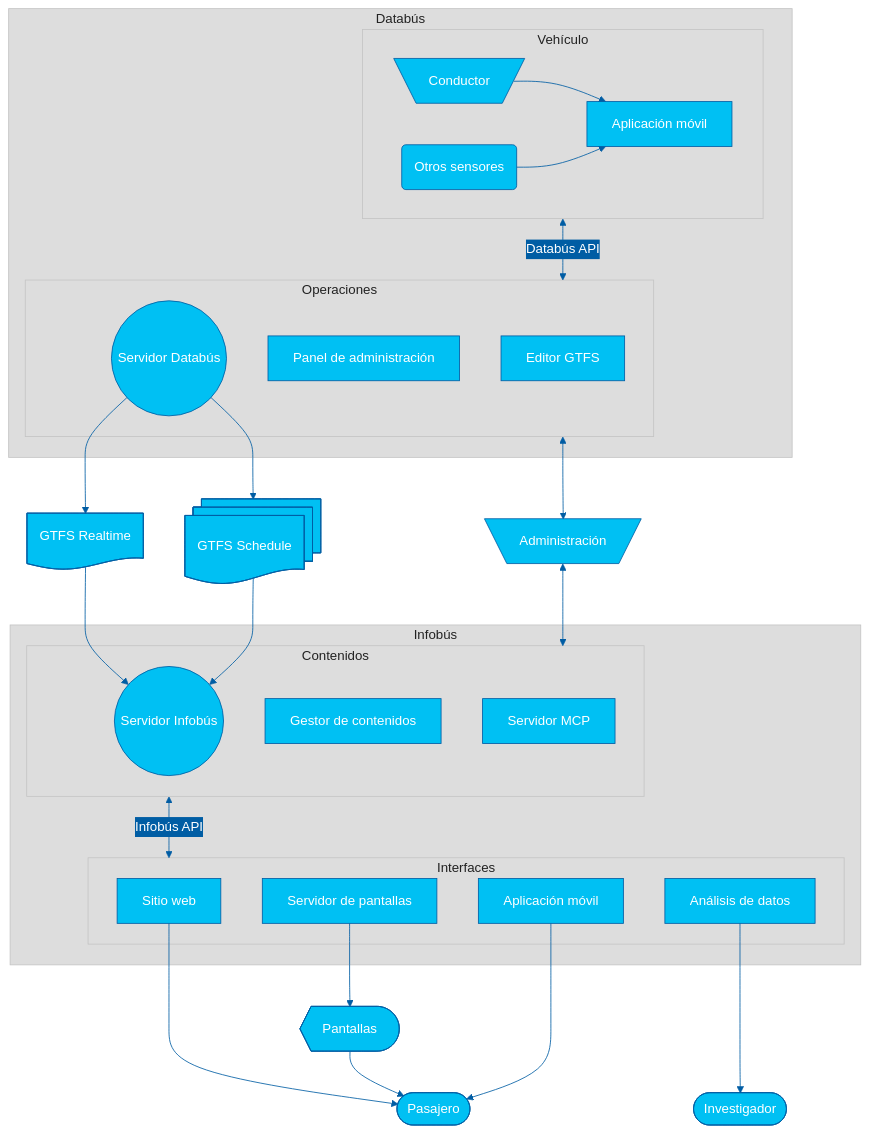
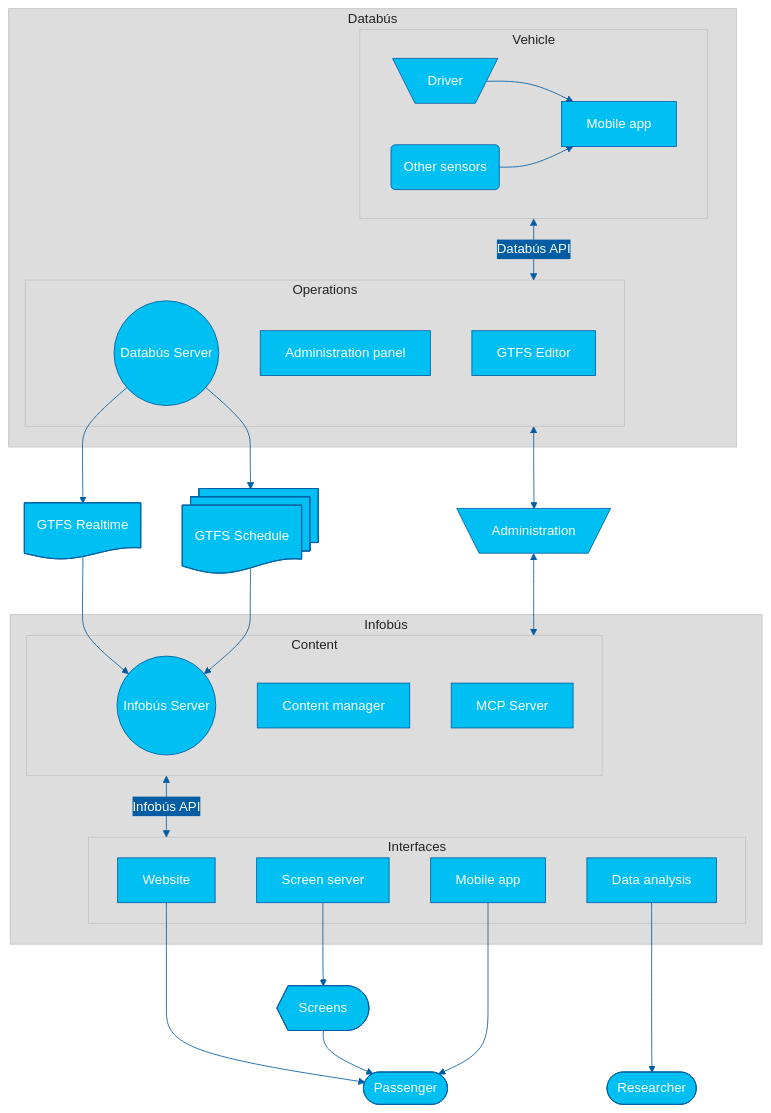
Before and after one commit to simovilab/.github: the diagram in profile/README.md, drawn with Mermaid. The commit also changed other lines of this file and 2 other files, not shown here.

Commit message:
feat: add Spanish and Portuguese documentation for Sistema and update English content

````diff
--- a/profile/README.md
+++ b/profile/README.md
@@ -32,71 +38,71 @@
 ```mermaid
 %%{
   init: {
     'theme': 'base',
     'themeVariables': {
       'primaryColor': '#00C0F3',
       'primaryTextColor': '#fff',
       'primaryBorderColor': '#005DA4',
       'lineColor': '#005DA4',
       'secondaryColor': '#005DA4',
       'tertiaryColor': '#DDDDDD'
     }
   }
 }%%
 flowchart TD
     subgraph Databús
-        subgraph Vehículo
-            OPE@{ shape: manual, label: "Conductor"}
-            SEN@{ shape: event, label: "Otros sensores"}
-            OBE[Aplicación móvil]
+        subgraph Vehicle
+            OPE@{ shape: manual, label: "Driver"}
+            SEN@{ shape: event, label: "Other sensors"}
+            OBE[Mobile app]
         end
-        subgraph Operaciones
-            GTFS[Editor GTFS]
-            DCMS[Panel de administración]
-            DAT((Servidor Databús))
+        subgraph Operations
+            GTFS[GTFS Editor]
+            DCMS[Administration panel]
+            DAT((Databús Server))
         end
     end
 
     SC@{ shape: docs, label: "GTFS Schedule"}
     RT@{ shape: doc, label: "GTFS Realtime"}
-    ADM@{ shape: manual, label: "Administración"}
+    ADM@{ shape: manual, label: "Administration"}
 
     subgraph Infobús
-        subgraph Contenidos
-            INF((Servidor Infobús))
-            ICMS[Gestor de contenidos]
-            MCP[Servidor MCP]
+        subgraph Content
+            INF((Infobús Server))
+            ICMS[Content manager]
+            MCP[MCP Server]
         end
         subgraph Interfaces
-            WEB[Sitio web]
-            SSC[Servidor de pantallas]
-            APP[Aplicación móvil]
-            ANA[Análisis de datos]
+            WEB[Website]
+            SSC[Screen server]
+            APP[Mobile app]
+            ANA[Data analysis]
         end
 
     end
-    SCR@{ shape: display, label: "Pantallas"}
-    PAS@{ shape: terminal, label: "Pasajero"}
-    RES@{ shape: terminal, label: "Investigador"}
+    SCR@{ shape: display, label: "Screens"}
+    PAS@{ shape: terminal, label: "Passenger"}
+    RES@{ shape: terminal, label: "Researcher"}
 
 OPE --> OBE
 SEN --> OBE
-Vehículo <--Databús API--> Operaciones
+Vehicle <--Databús API--> Operations
 DAT --> RT
 DAT --> SC
 
 RT --> INF
 SC --> INF
 
-Contenidos <--Infobús API--> Interfaces
+Content <--Infobús API--> Interfaces
 
 WEB --> PAS
 SSC --> SCR
 SCR --> PAS
 APP --> PAS
 ANA ---> RES
 
-Operaciones <--> ADM
-ADM <--> Contenidos
+Operations <--> ADM
+ADM <--> Content
 
 ```
````
